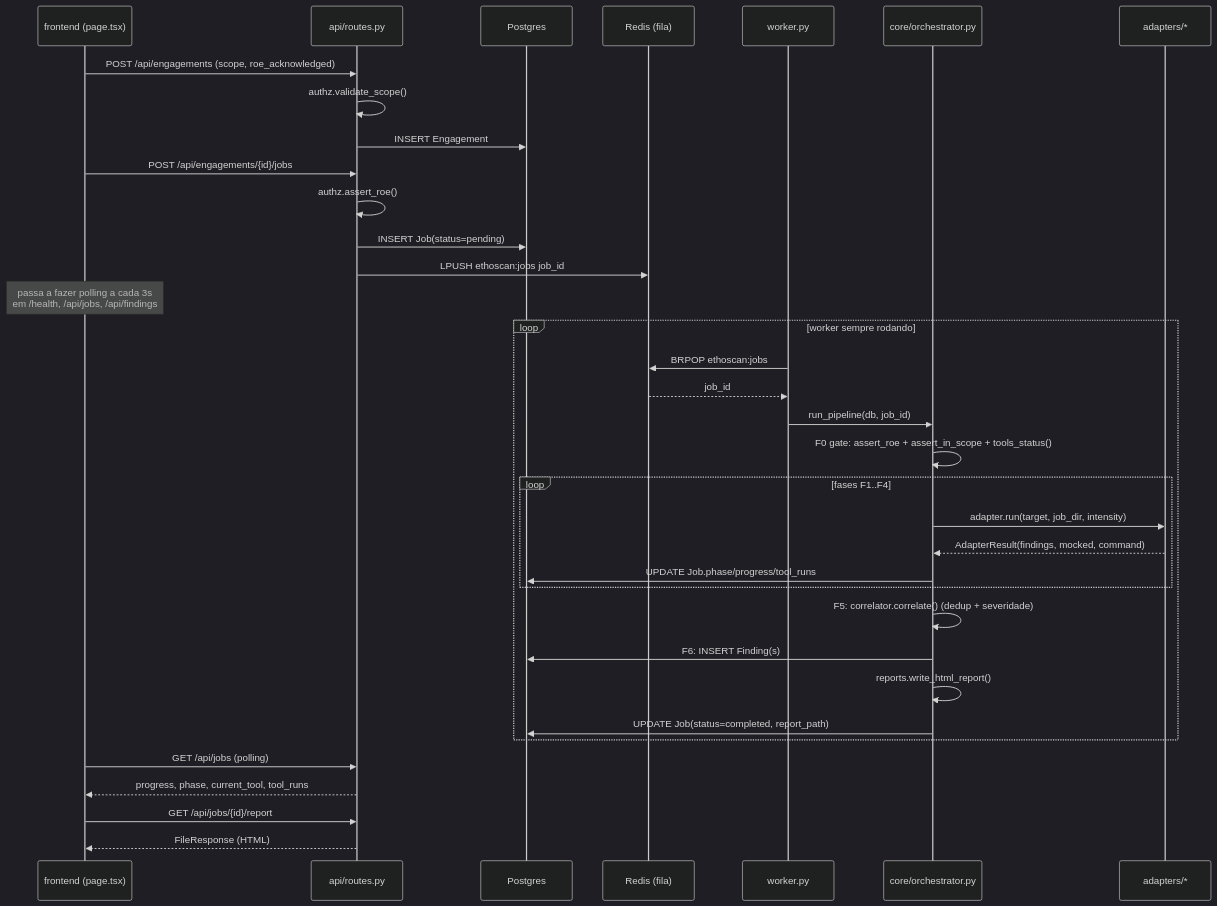
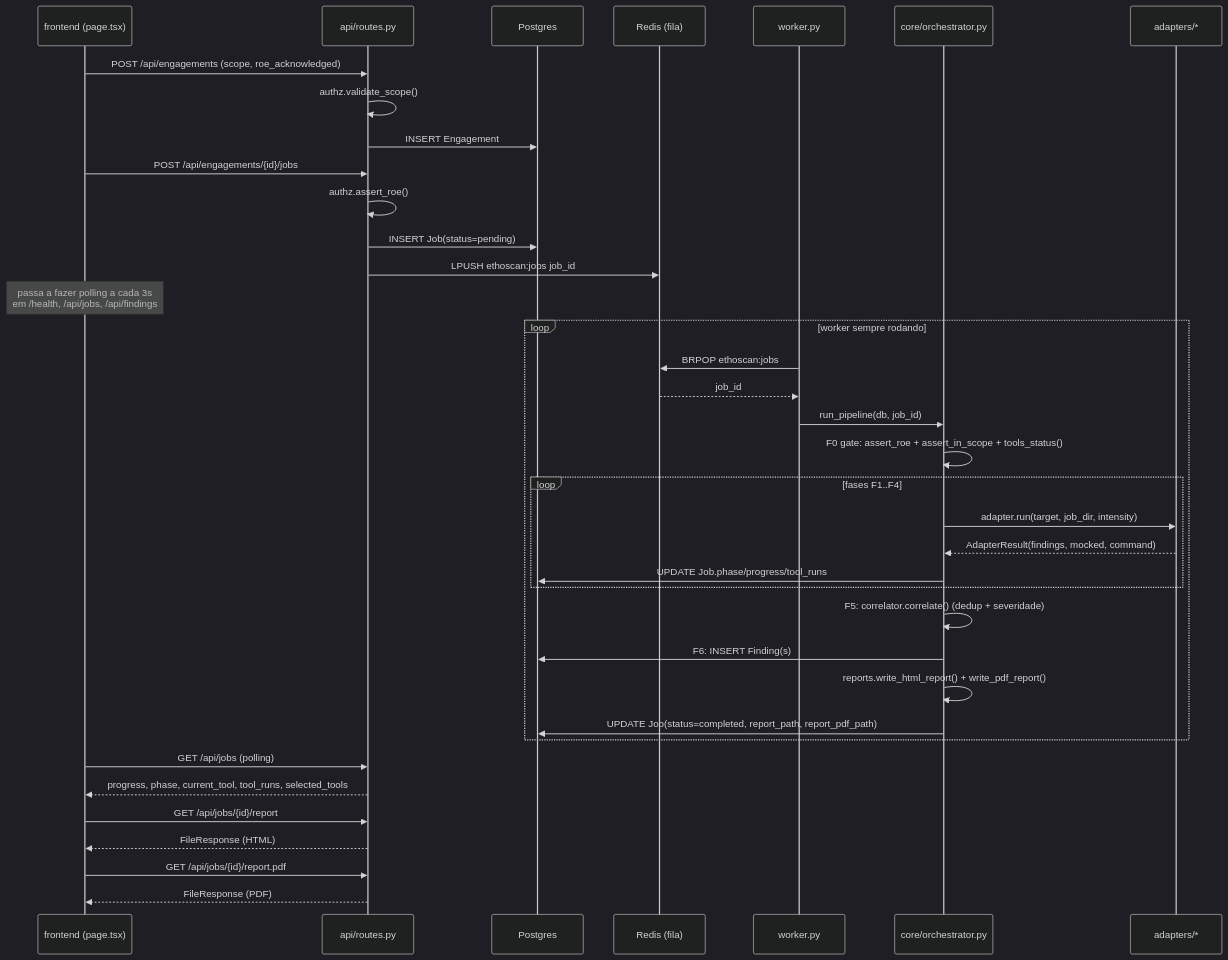
Before and after one commit to mauromantilha/ethoscan: the second of 2 diagrams in docs/architecture.md, drawn with Mermaid (dark theme). The commit also changed other lines of this file and 24 other files, not shown here.

First line of the commit message:
feat: tools selecionáveis, adapters seguros e relatório PDF (#6)

````diff
--- a/docs/architecture.md
+++ b/docs/architecture.md
@@ -33,40 +33,42 @@
 ```mermaid
 sequenceDiagram
     participant UI as frontend (page.tsx)
     participant API as api/routes.py
     participant DB as Postgres
     participant Q as Redis (fila)
     participant W as worker.py
     participant O as core/orchestrator.py
     participant AD as adapters/*
 
     UI->>API: POST /api/engagements (scope, roe_acknowledged)
     API->>API: authz.validate_scope()
     API->>DB: INSERT Engagement
     UI->>API: POST /api/engagements/{id}/jobs
     API->>API: authz.assert_roe()
     API->>DB: INSERT Job(status=pending)
     API->>Q: LPUSH ethoscan:jobs job_id
     Note over UI: passa a fazer polling a cada 3s<br/>em /health, /api/jobs, /api/findings
 
     loop worker sempre rodando
         W->>Q: BRPOP ethoscan:jobs
         Q-->>W: job_id
         W->>O: run_pipeline(db, job_id)
         O->>O: F0 gate: assert_roe + assert_in_scope + tools_status()
         loop fases F1..F4
             O->>AD: adapter.run(target, job_dir, intensity)
             AD-->>O: AdapterResult(findings, mocked, command)
             O->>DB: UPDATE Job.phase/progress/tool_runs
         end
         O->>O: F5: correlator.correlate() (dedup + severidade)
         O->>DB: F6: INSERT Finding(s)
-        O->>O: reports.write_html_report()
-        O->>DB: UPDATE Job(status=completed, report_path)
+        O->>O: reports.write_html_report() + write_pdf_report()
+        O->>DB: UPDATE Job(status=completed, report_path, report_pdf_path)
     end
 
     UI->>API: GET /api/jobs (polling)
-    API-->>UI: progress, phase, current_tool, tool_runs
+    API-->>UI: progress, phase, current_tool, tool_runs, selected_tools
     UI->>API: GET /api/jobs/{id}/report
     API-->>UI: FileResponse (HTML)
+    UI->>API: GET /api/jobs/{id}/report.pdf
+    API-->>UI: FileResponse (PDF)
 ```
````
